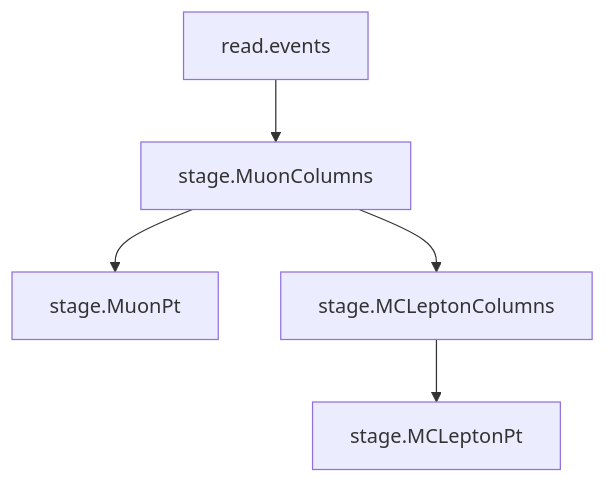
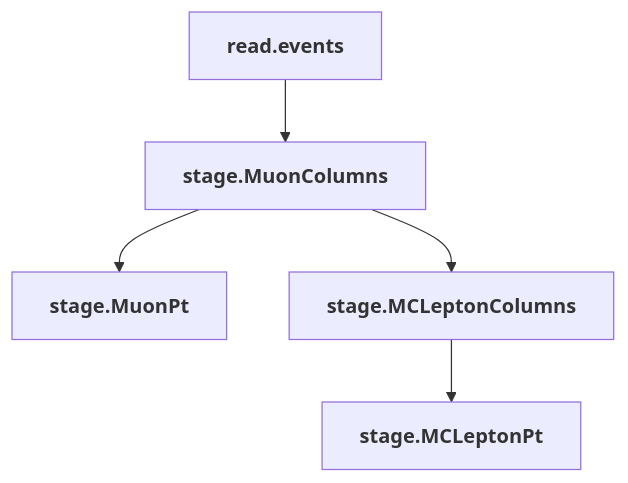
Before and after one commit to FAST-HEP/fasthep-flow: the second of 3 diagrams in docs/extending/transforms.md, drawn with Mermaid. The commit also changed other lines of this file and 9 other files, not shown here.

````diff
--- a/docs/extending/transforms.md
+++ b/docs/extending/transforms.md
@@ -256,13 +256,13 @@
 ```{mermaid}
 flowchart TD
-    Read["read.events"]
-    Common["stage.MuonColumns"]
-    Hist["stage.MuonPt"]
-    MC["stage.MCLeptonColumns"]
-    MCHist["stage.MCLeptonPt"]
+    Read["<b>read.events</b>"]:::source
+    Common["<b>stage.MuonColumns</b>"]:::transform
+    Hist["<b>stage.MuonPt</b>"]:::transform
+    MC["<b>stage.MCLeptonColumns</b>"]:::transform
+    MCHist["<b>stage.MCLeptonPt</b>"]:::transform
 
     Read --> Common
     Common --> Hist
     Common --> MC
     MC --> MCHist
 ```
````
